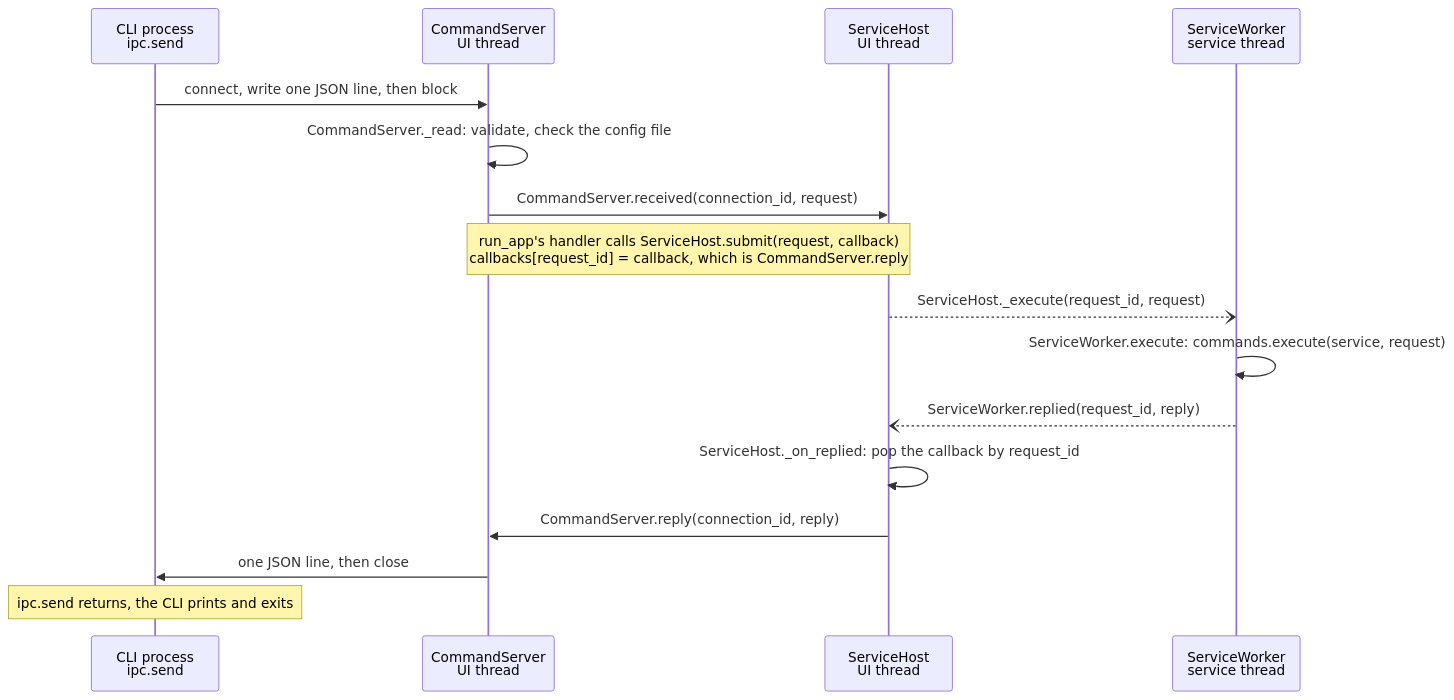
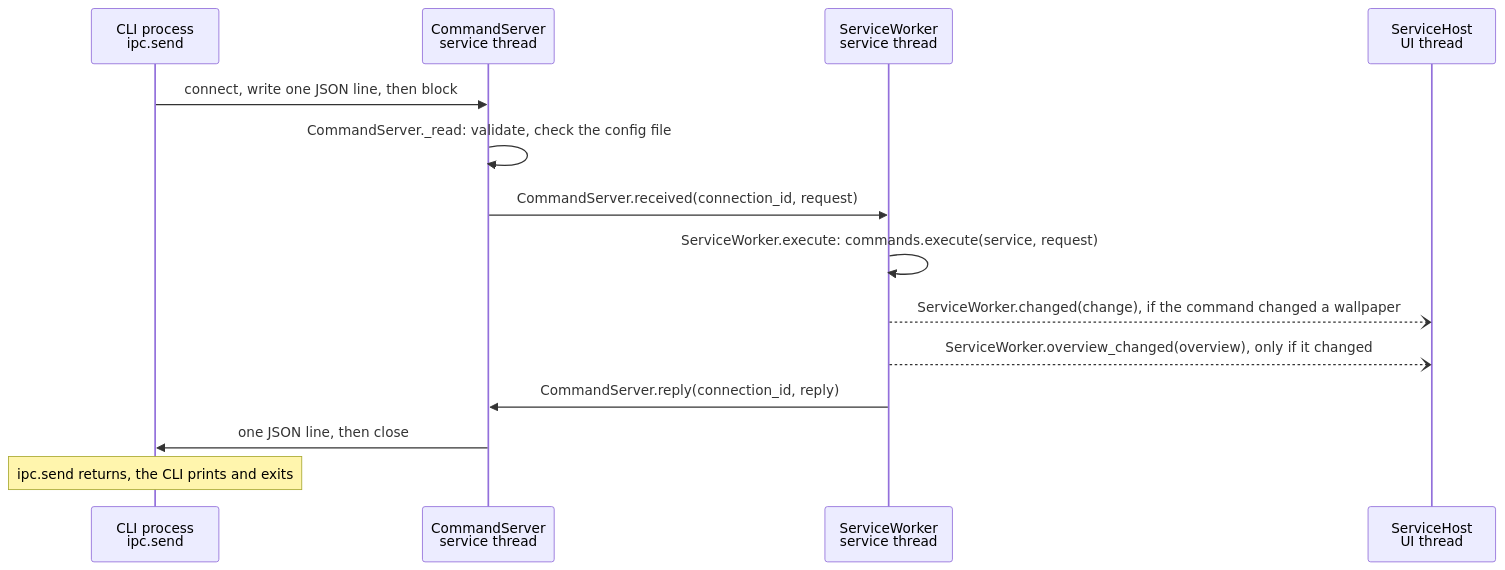
Before and after one commit to cheshire0xff/wallpaper_py: the second of 4 diagrams in docs/app-wiring.md, drawn with Mermaid. The commit also changed other lines of this file and 13 other files, not shown here.

First line of the commit message:
Refactor: socket on the service thread; CLI always goes through the app

````diff
--- a/docs/app-wiring.md
+++ b/docs/app-wiring.md
@@ -99,19 +112,17 @@
 ```mermaid
 sequenceDiagram
     participant CLI as CLI process<br/>ipc.send
-    participant S as CommandServer<br/>UI thread
+    participant S as CommandServer<br/>service thread
+    participant W as ServiceWorker<br/>service thread
     participant H as ServiceHost<br/>UI thread
-    participant W as ServiceWorker<br/>service thread
 
     CLI->>S: connect, write one JSON line, then block
     S->>S: CommandServer._read: validate, check the config file
-    S->>H: CommandServer.received(connection_id, request)
-    Note over S,H: run_app's handler calls ServiceHost.submit(request, callback)<br/>callbacks[request_id] = callback, which is CommandServer.reply
-    H--)W: ServiceHost._execute(request_id, request)
+    S->>W: CommandServer.received(connection_id, request)
     W->>W: ServiceWorker.execute: commands.execute(service, request)
-    W--)H: ServiceWorker.replied(request_id, reply)
-    H->>H: ServiceHost._on_replied: pop the callback by request_id
-    H->>S: CommandServer.reply(connection_id, reply)
+    W--)H: ServiceWorker.changed(change), if the command changed a wallpaper
+    W--)H: ServiceWorker.overview_changed(overview), only if it changed
+    W->>S: CommandServer.reply(connection_id, reply)
     S->>CLI: one JSON line, then close
     Note over CLI: ipc.send returns, the CLI prints and exits
 ```
````
